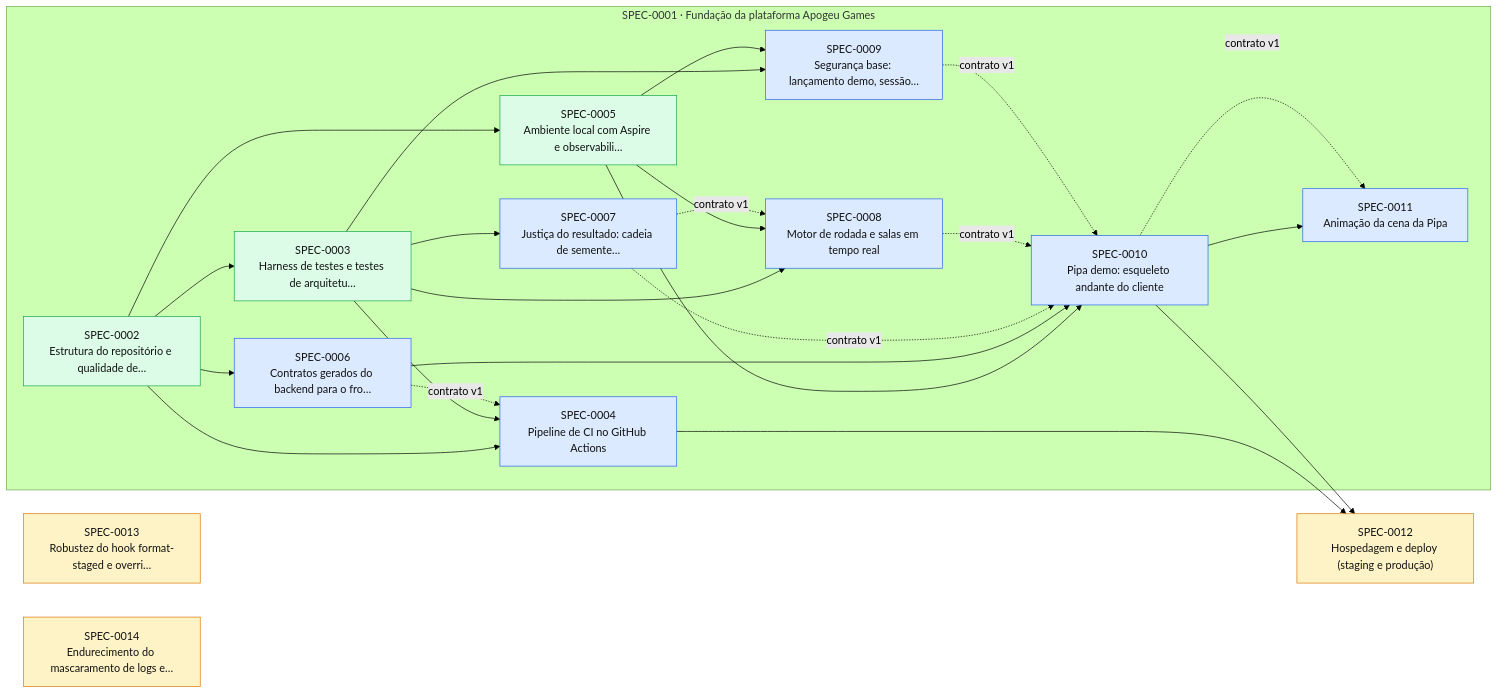
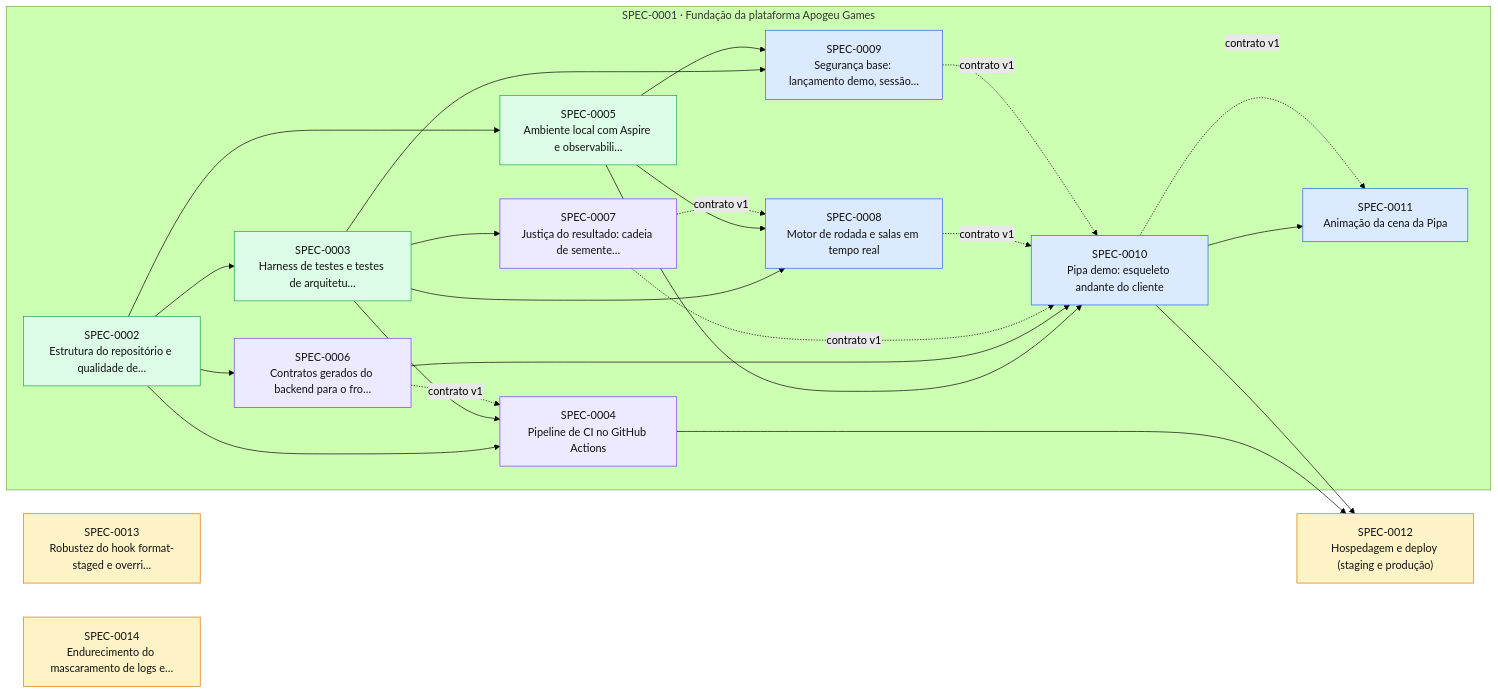
One commit to thomasravache/crash-games-provider changed the diagram in docs/specs/INDEX.md. Above: the diagram before and after it, drawn with Mermaid (forest theme). The commit also changed other lines of this file and 3 other files, not shown here.

````diff
--- a/docs/specs/INDEX.md
+++ b/docs/specs/INDEX.md
@@ -69,44 +69,44 @@
 ```mermaid
 flowchart LR
   S0012["SPEC-0012<br/>Hospedagem e deploy (staging e produção)"]:::proposed
   S0013["SPEC-0013<br/>Robustez do hook format-staged e overri…"]:::proposed
   S0014["SPEC-0014<br/>Endurecimento do mascaramento de logs e…"]:::proposed
   subgraph E0001["SPEC-0001 · Fundação da plataforma Apogeu Games"]
     S0002["SPEC-0002<br/>Estrutura do repositório e qualidade de…"]:::implemented
     S0003["SPEC-0003<br/>Harness de testes e testes de arquitetu…"]:::implemented
-    S0004["SPEC-0004<br/>Pipeline de CI no GitHub Actions"]:::approved
+    S0004["SPEC-0004<br/>Pipeline de CI no GitHub Actions"]:::inprogress
     S0005["SPEC-0005<br/>Ambiente local com Aspire e observabili…"]:::implemented
-    S0006["SPEC-0006<br/>Contratos gerados do backend para o fro…"]:::approved
-    S0007["SPEC-0007<br/>Justiça do resultado: cadeia de semente…"]:::approved
+    S0006["SPEC-0006<br/>Contratos gerados do backend para o fro…"]:::inprogress
+    S0007["SPEC-0007<br/>Justiça do resultado: cadeia de semente…"]:::inprogress
     S0008["SPEC-0008<br/>Motor de rodada e salas em tempo real"]:::approved
     S0009["SPEC-0009<br/>Segurança base: lançamento demo, sessão…"]:::approved
     S0010["SPEC-0010<br/>Pipa demo: esqueleto andante do cliente"]:::approved
     S0011["SPEC-0011<br/>Animação da cena da Pipa"]:::approved
   end
   S0002 --> S0003
   S0002 --> S0004
   S0003 --> S0004
   S0006 -. contrato v1 .-> S0004
   S0002 --> S0005
   S0002 --> S0006
   S0003 --> S0007
   S0003 --> S0008
   S0005 --> S0008
   S0007 -. contrato v1 .-> S0008
   S0003 --> S0009
   S0005 --> S0009
   S0005 --> S0010
   S0006 --> S0010
   S0007 -. contrato v1 .-> S0010
   S0008 -. contrato v1 .-> S0010
   S0009 -. contrato v1 .-> S0010
   S0010 --> S0011
   S0010 -. contrato v1 .-> S0011
   S0004 --> S0012
   S0010 --> S0012
   classDef proposed fill:#fef3c7,stroke:#d97706,color:#111
   classDef approved fill:#dbeafe,stroke:#2563eb,color:#111
   classDef inprogress fill:#ede9fe,stroke:#7c3aed,color:#111
   classDef implemented fill:#dcfce7,stroke:#16a34a,color:#111
   classDef deprecated fill:#f3f4f6,stroke:#9ca3af,color:#6b7280
 ```
````
